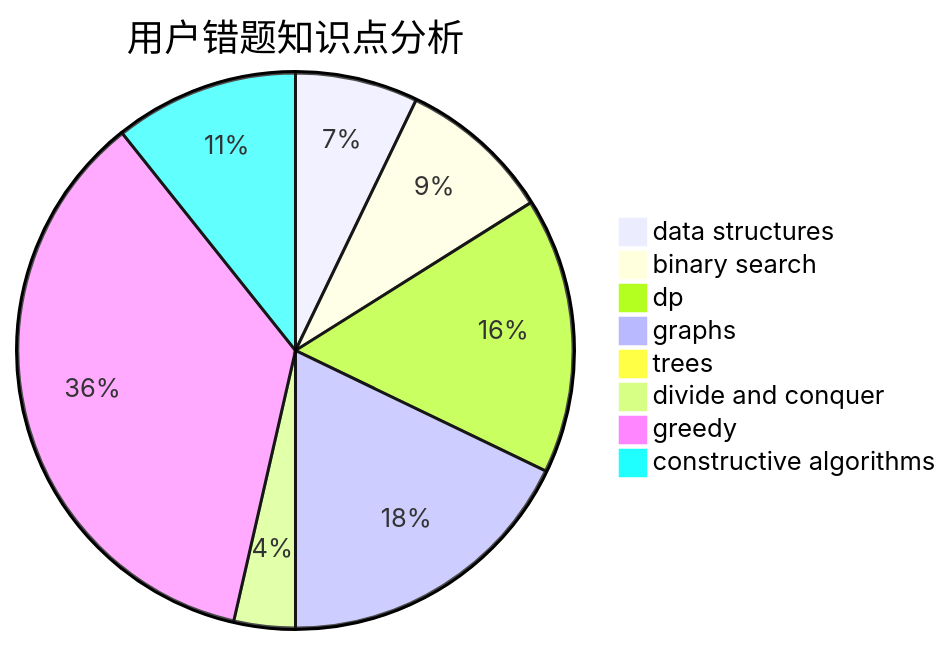
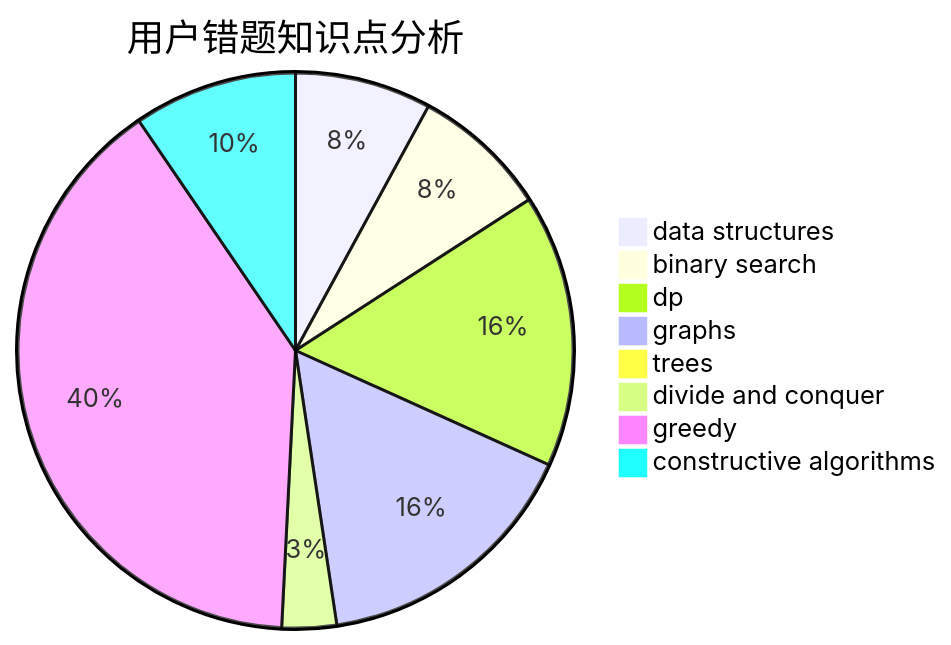
Before and after one commit to sherpahu/cfrs.github.io: the third of 3 diagrams in docs/user/u2140.md, drawn with Mermaid. The commit also changed other lines of this file and 2770 other files, not shown here.

````diff
--- a/docs/user/u2140.md
+++ b/docs/user/u2140.md
@@ -36,11 +36,11 @@
 ```mermaid
 pie title 用户错题知识点分析
-    "data structures" :  4
+    "data structures" :  5
     "binary search" :  5
-    "dp" :  9
+    "dp" :  10
     "graphs" :  10
     "trees" :  0
     "divide and conquer" :  2
-    "greedy" :  20
+    "greedy" :  25
     "constructive algorithms" :  6
 ```
````
